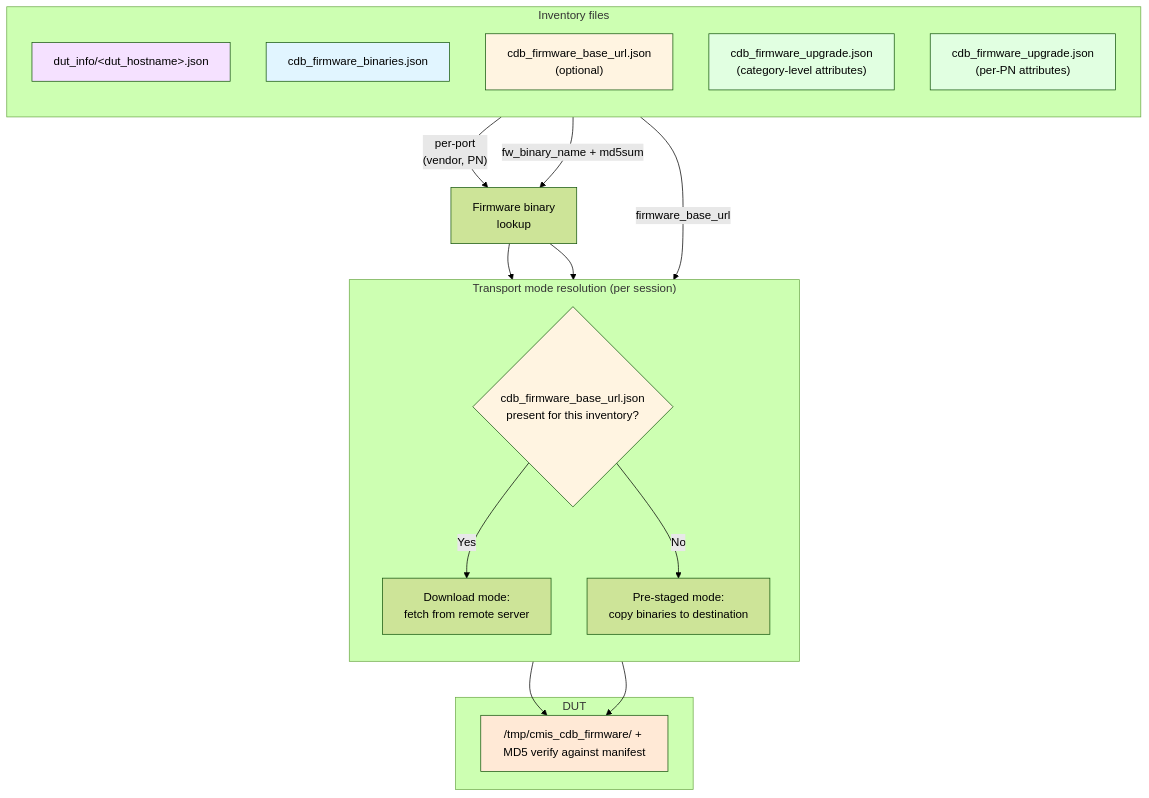
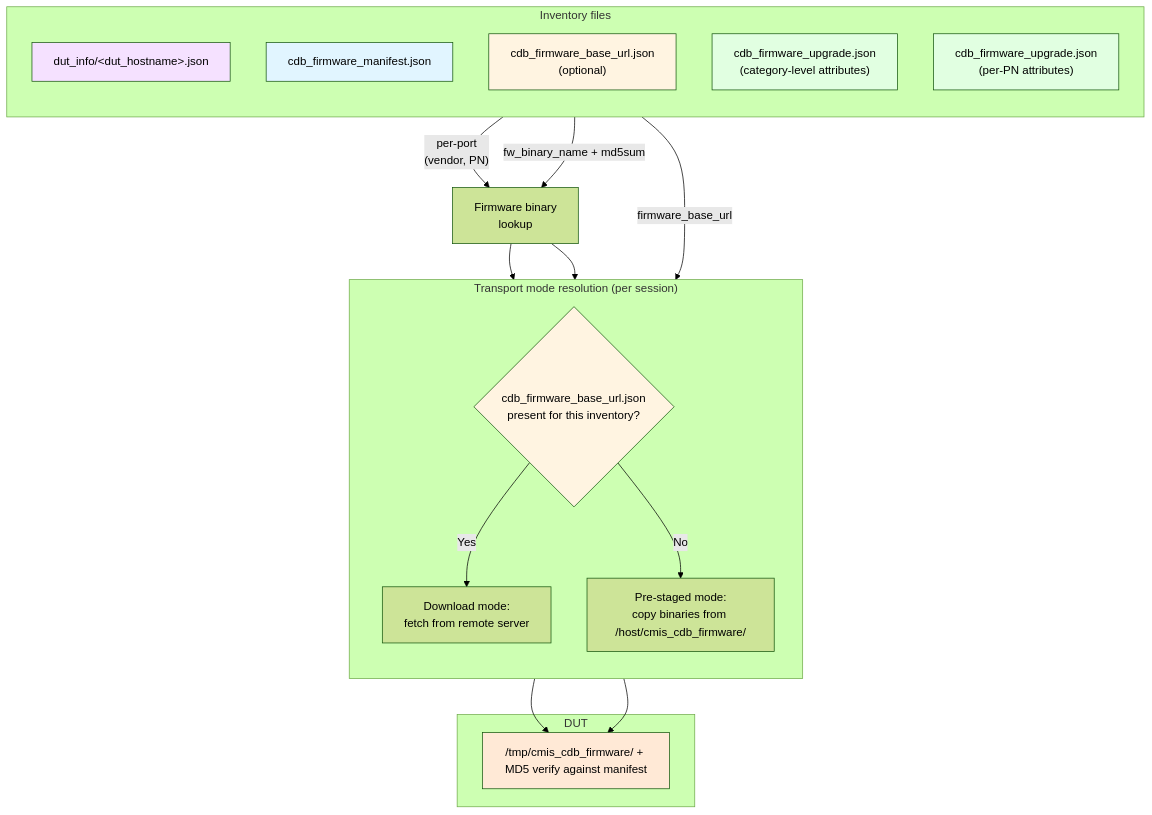
Before and after one commit to sonic-net/sonic-mgmt: the diagram in docs/testplan/transceiver/diagrams/cdb_firmware_upgrade_flow.md, drawn with Mermaid (forest theme). The commit also changed 4 other files, not shown here.

````diff
--- a/docs/testplan/transceiver/diagrams/cdb_firmware_upgrade_flow.md
+++ b/docs/testplan/transceiver/diagrams/cdb_firmware_upgrade_flow.md
@@ -5,41 +5,41 @@
 ```mermaid
 flowchart TB
     subgraph inv["Inventory files"]
         direction TB
         I_DUT["dut_info/&lt;dut_hostname&gt;.json<br/>"]
-        I_BIN["cdb_firmware_binaries.json<br/>"]
+        I_BIN["cdb_firmware_manifest.json<br/>"]
         I_URL["cdb_firmware_base_url.json<br/>(optional)"]
         I_ATTR_CAT["cdb_firmware_upgrade.json<br/>(category-level attributes)"]
         I_ATTR_PN["cdb_firmware_upgrade.json<br/>(per-PN attributes)"]
     end
 
     subgraph mode["Transport mode resolution (per session)"]
         direction TB
         Q{"cdb_firmware_base_url.json<br/>present for this inventory?"}
         DOWN["Download mode:<br/>fetch from remote server"]
-        PRE["Pre-staged mode:<br/>copy binaries to destination"]
+        PRE["Pre-staged mode:<br/>copy binaries from /host/cmis_cdb_firmware/"]
         Q -- "Yes" --> DOWN
         Q -- "No" --> PRE
     end
 
     subgraph stage["DUT"]
         TMP["/tmp/cmis_cdb_firmware/ + MD5 verify against manifest"]
     end
 
     I_URL -- "firmware_base_url" --> Q
     I_DUT -- "per-port<br/>(vendor, PN)" --> FW_LOOKUP
     I_BIN -- "fw_binary_name + md5sum" --> FW_LOOKUP["Firmware binary<br/>lookup"]
     FW_LOOKUP --> DOWN
     FW_LOOKUP --> PRE
 
     DOWN --> TMP
     PRE --> TMP
 
     style I_BIN fill:#e1f5ff
     style I_URL fill:#fff4e1
     style I_ATTR_CAT fill:#e1ffe1
     style I_ATTR_PN fill:#e1ffe1
     style I_DUT fill:#f5e1ff
     style Q fill:#fff4e1
     style TMP fill:#ffe9d6
 ```
````
